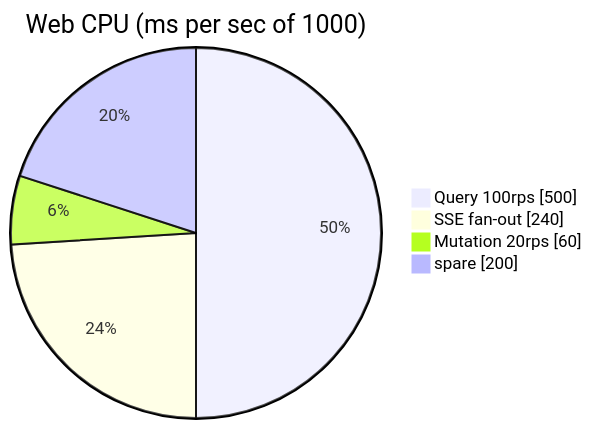
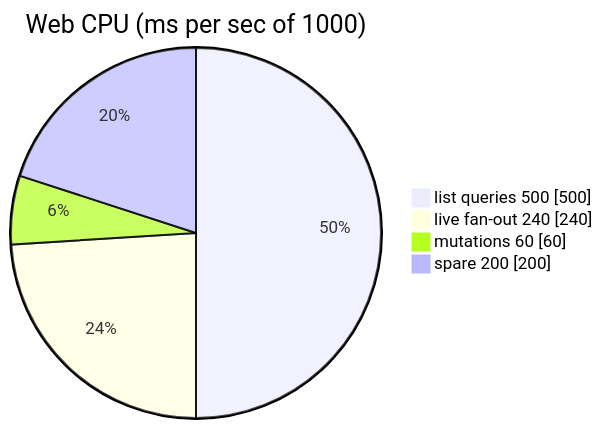
Before and after one commit to aq35/sample_manual: the sixth of 7 diagrams in docs/worked-examples.md, drawn with Mermaid. The commit also changed other lines of this file, not shown here.

````diff
--- a/docs/worked-examples.md
+++ b/docs/worked-examples.md
@@ -150,8 +162,8 @@
 ```mermaid
 pie showData
   title Web CPU (ms per sec of 1000)
-  "Query 100rps" : 500
-  "SSE fan-out" : 240
-  "Mutation 20rps" : 60
-  "spare" : 200
+  "list queries 500" : 500
+  "live fan-out 240" : 240
+  "mutations 60" : 60
+  "spare 200" : 200
 ```
````
